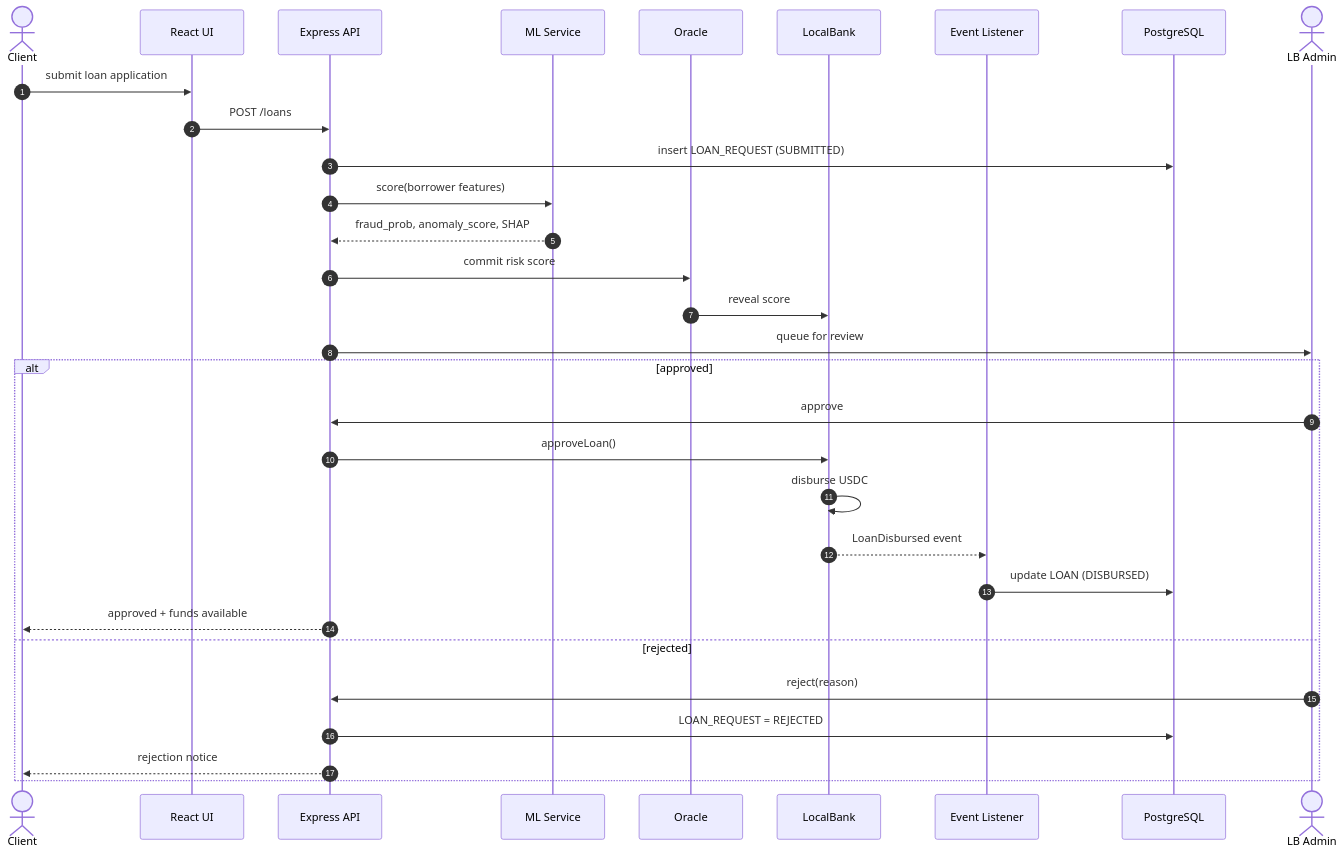
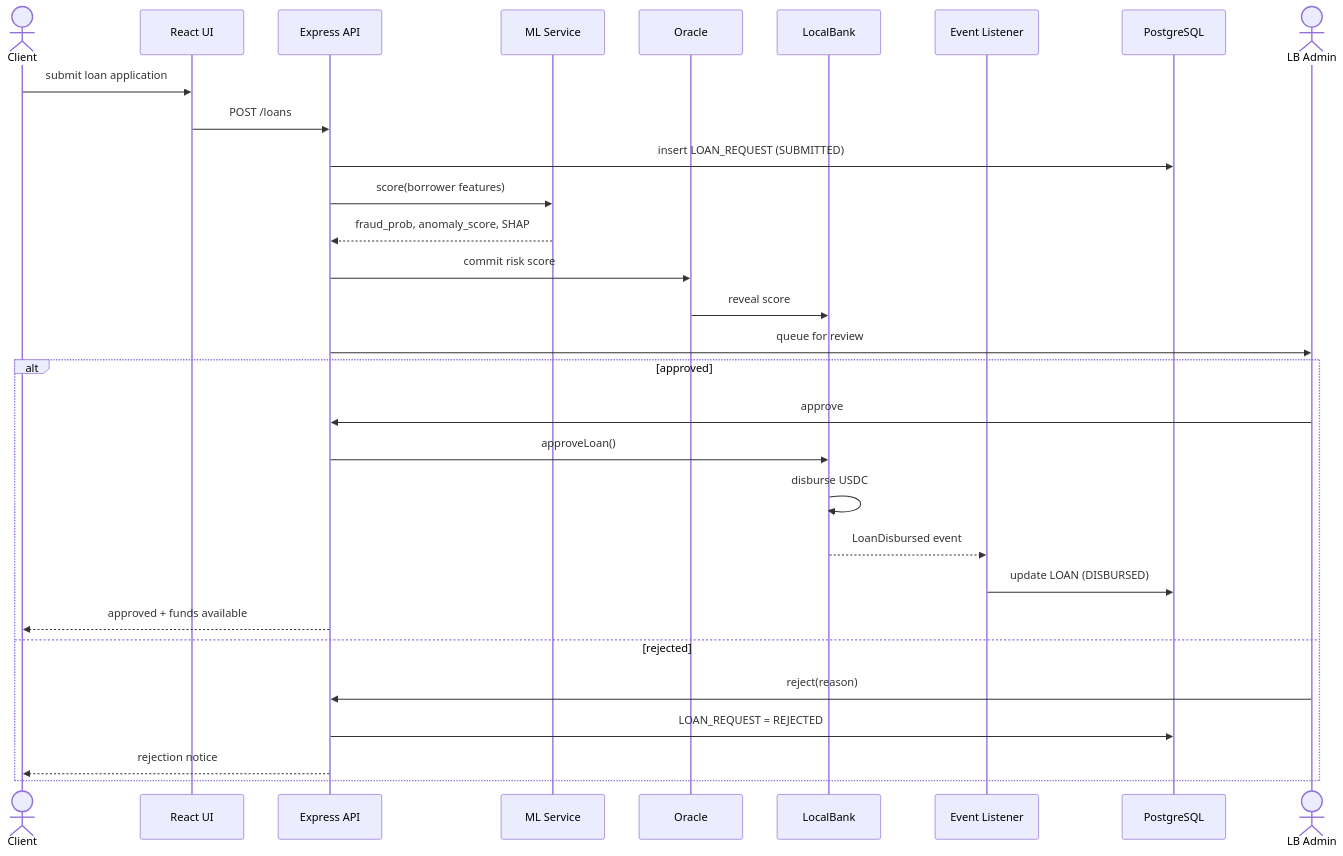
Before and after one commit to Yuvraajrahman/Cryto-World-Bank: the diagram in Documentation/Pre Thesis -2 Documents/V35 /Diagrams/fig-seq-loan-flow.mmd, drawn with Mermaid. The commit also changed 140 other files, not shown here.

```diff
--- a/Documentation/Pre Thesis -2 Documents/V35 /Diagrams/fig-seq-loan-flow.mmd
+++ b/Documentation/Pre Thesis -2 Documents/V35 /Diagrams/fig-seq-loan-flow.mmd
@@ -1,32 +1,31 @@
 sequenceDiagram
-  autonumber
   actor C as Client
   participant UI as React UI
   participant API as Express API
   participant ML as ML Service
   participant OR as Oracle
   participant SC as LocalBank
   participant EL as Event Listener
   participant DB as PostgreSQL
   actor A as LB Admin
 
   C->>UI: submit loan application
   UI->>API: POST /loans
   API->>DB: insert LOAN_REQUEST (SUBMITTED)
   API->>ML: score(borrower features)
   ML-->>API: fraud_prob, anomaly_score, SHAP
   API->>OR: commit risk score
   OR->>SC: reveal score
   API->>A: queue for review
   alt approved
     A->>API: approve
     API->>SC: approveLoan()
     SC->>SC: disburse USDC
     SC-->>EL: LoanDisbursed event
     EL->>DB: update LOAN (DISBURSED)
     API-->>C: approved + funds available
   else rejected
     A->>API: reject(reason)
     API->>DB: LOAN_REQUEST = REJECTED
     API-->>C: rejection notice
   end
```
